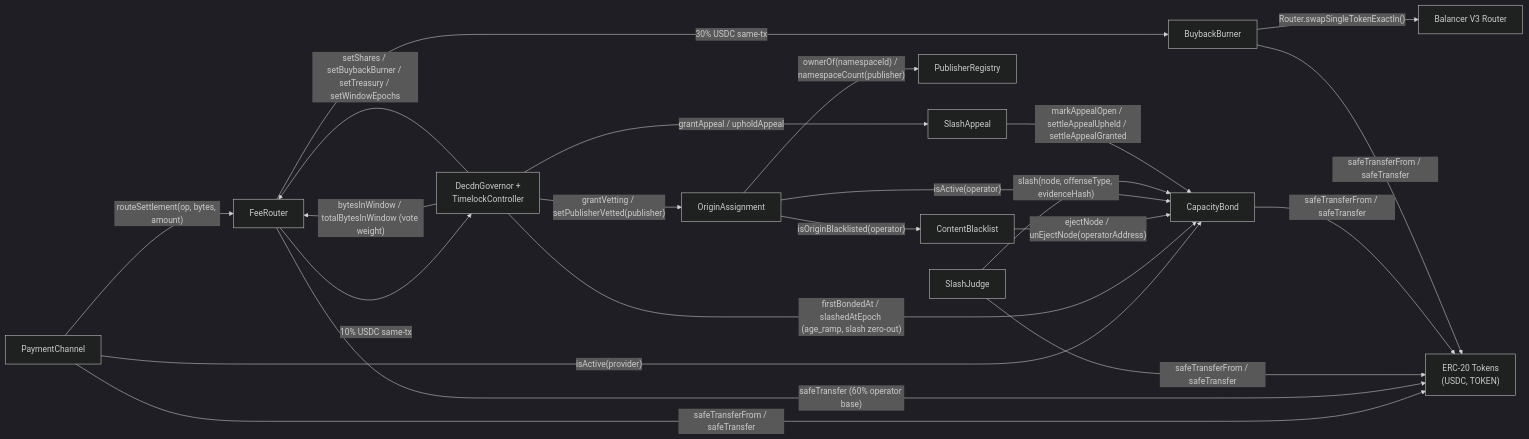
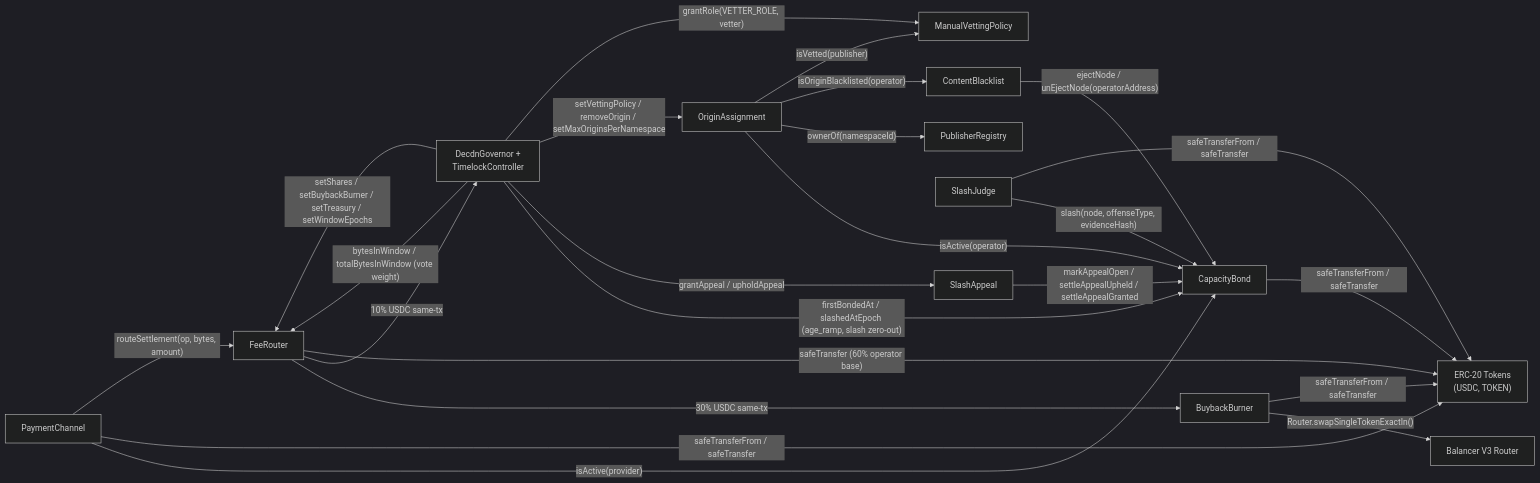
The third of 5 diagrams in adr/016-contract-interactions.md (decdn/decdn), drawn with Mermaid (dark theme) before and after one commit. The commit also changed other lines of this file and 2 other files, not shown here.

First line of the commit message:
docs(adr): swappable vetting policy (011/016/009)

````diff
--- a/adr/016-contract-interactions.md
+++ b/adr/016-contract-interactions.md
@@ -376,37 +381,40 @@
 ```mermaid
 graph LR
     SPC["PaymentChannel"]
     CBOND["CapacityBond"]
     CB["ContentBlacklist"]
     PR["PublisherRegistry"]
     OA["OriginAssignment"]
+    MVP["ManualVettingPolicy"]
     SJ["SlashJudge"]
     BB["BuybackBurner"]
     FR["FeeRouter"]
     SA["SlashAppeal"]
     GOV["DecdnGovernor +<br/>TimelockController"]
     ERC["ERC-20 Tokens<br/>(USDC, TOKEN)"]
     BAL["Balancer V3 Router"]
 
     SPC -->|"isActive(provider)"| CBOND
     SPC -->|"safeTransferFrom / safeTransfer"| ERC
     SPC -->|"routeSettlement(op, bytes, amount)"| FR
     FR -->|"30% USDC same-tx"| BB
     FR -->|"10% USDC same-tx"| GOV
     FR -->|"safeTransfer (60% operator base)"| ERC
     GOV -->|"bytesInWindow / totalBytesInWindow (vote weight)"| FR
     GOV -->|"firstBondedAt / slashedAtEpoch (age_ramp, slash zero-out)"| CBOND
     GOV -->|"grantAppeal / upholdAppeal"| SA
     GOV -->|"setShares / setBuybackBurner / setTreasury / setWindowEpochs"| FR
     CB -->|"ejectNode / unEjectNode(operatorAddress)"| CBOND
     OA -->|"isActive(operator)"| CBOND
-    OA -->|"ownerOf(namespaceId) / namespaceCount(publisher)"| PR
+    OA -->|"ownerOf(namespaceId)"| PR
     OA -->|"isOriginBlacklisted(operator)"| CB
-    GOV -->|"grantVetting / setPublisherVetted(publisher)"| OA
+    OA -->|"isVetted(publisher)"| MVP
+    GOV -->|"setVettingPolicy / removeOrigin / setMaxOriginsPerNamespace"| OA
+    GOV -->|"grantRole(VETTER_ROLE, vetter)"| MVP
     SJ -->|"slash(node, offenseType, evidenceHash)"| CBOND
     SJ -->|"safeTransferFrom / safeTransfer"| ERC
     CBOND -->|"safeTransferFrom / safeTransfer"| ERC
     SA -->|"markAppealOpen / settleAppealUpheld / settleAppealGranted"| CBOND
     BB -->|"Router.swapSingleTokenExactIn()"| BAL
     BB -->|"safeTransferFrom / safeTransfer"| ERC
 ```
````
